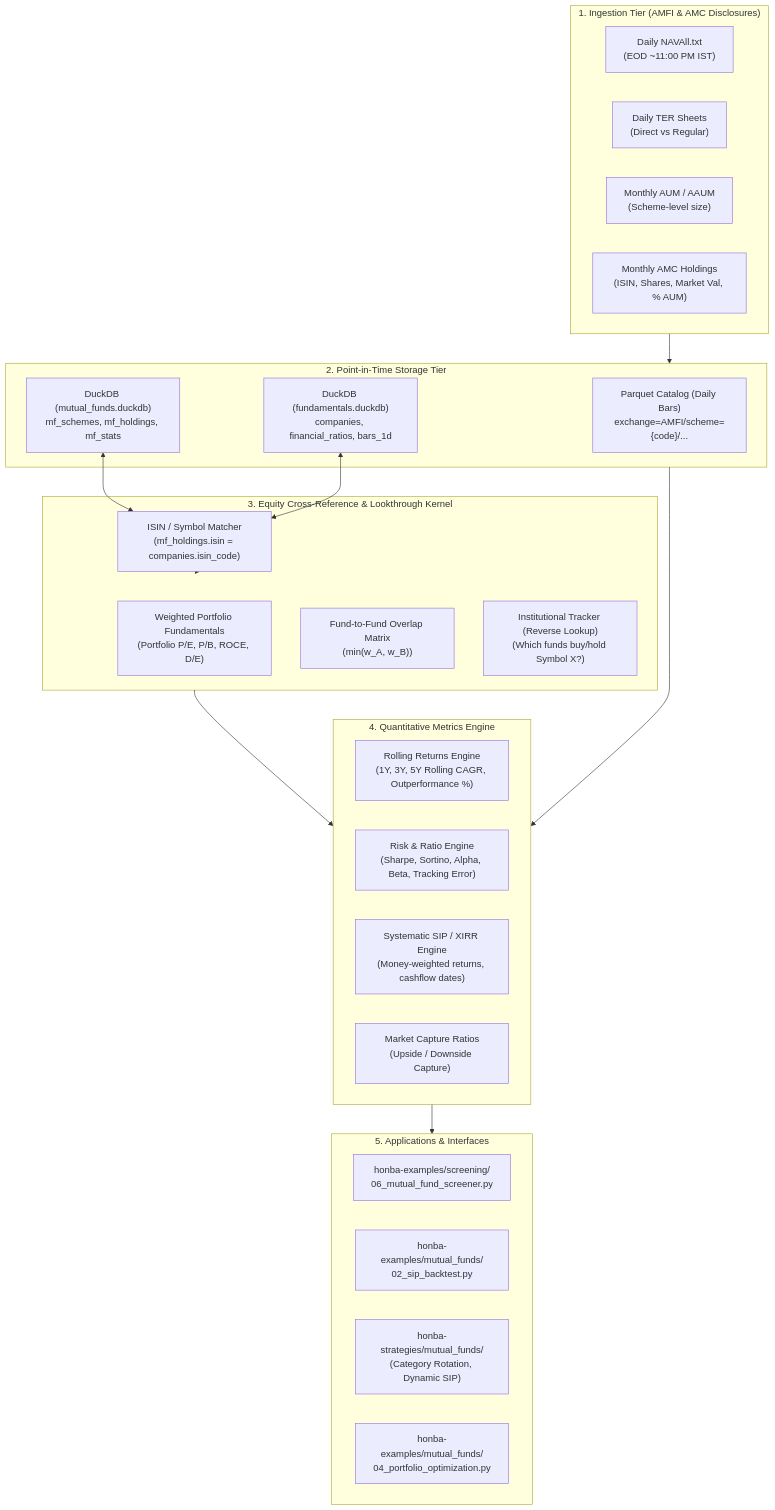
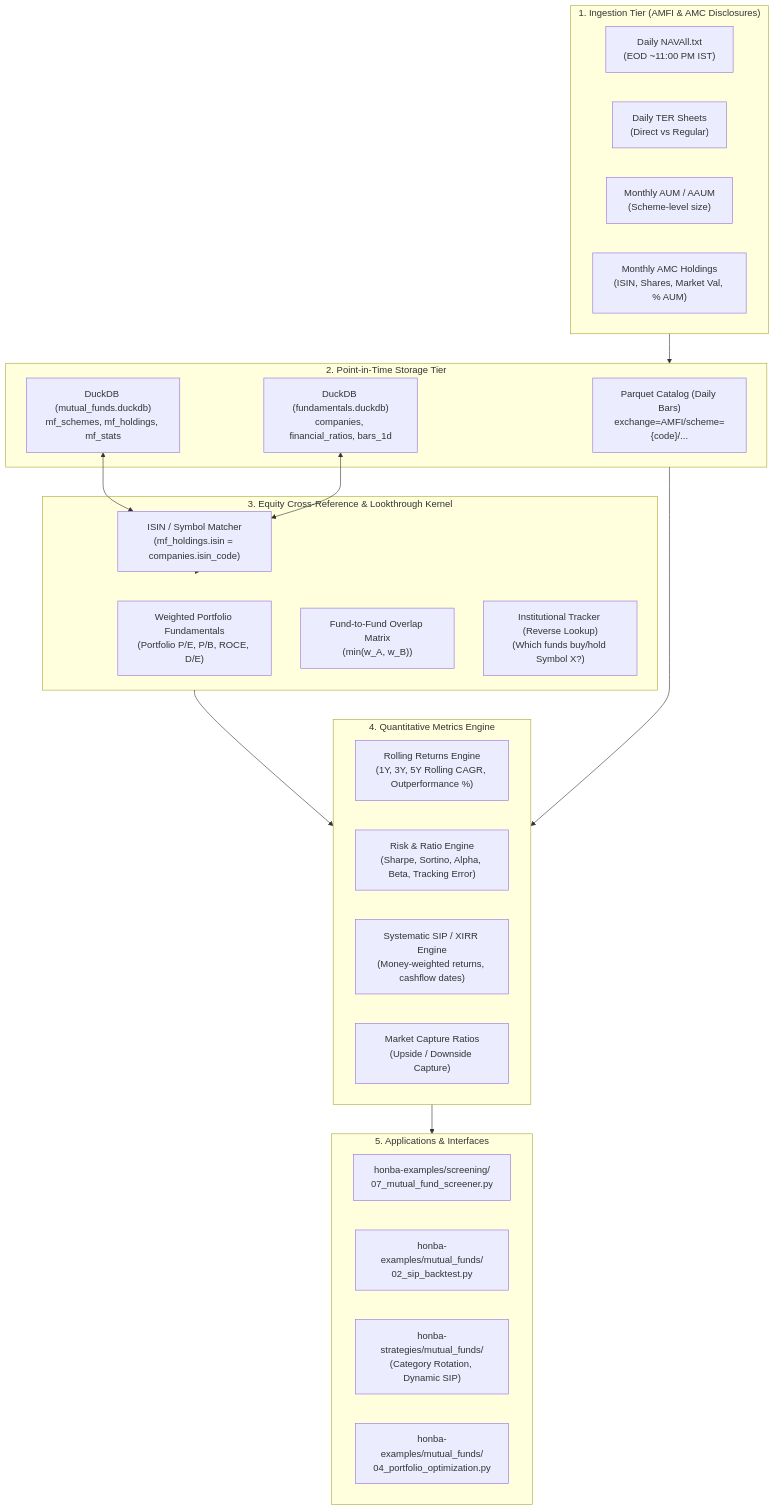
One commit to honba-labs/meta changed the first of 2 diagrams in docs/mutual-funds-roadmap.md. Above: the diagram before and after it, drawn with Mermaid. The commit also changed other lines of this file, not shown here.

Commit message:
docs: add equity holdings cross-reference to mutual funds roadmap

````diff
--- a/docs/mutual-funds-roadmap.md
+++ b/docs/mutual-funds-roadmap.md
@@ -22,44 +22,44 @@
 ```mermaid
 flowchart TD
     subgraph Sources["1. Ingestion Tier (AMFI & AMC Disclosures)"]
         S_NAV["Daily NAVAll.txt<br/>(EOD ~11:00 PM IST)"]
         S_TER["Daily TER Sheets<br/>(Direct vs Regular)"]
         S_AUM["Monthly AUM / AAUM<br/>(Scheme-level size)"]
         S_PORT["Monthly AMC Holdings<br/>(ISIN, Shares, Market Val, % AUM)"]
     end
 
     subgraph Storage["2. Point-in-Time Storage Tier"]
         PQ["Parquet Catalog (Daily Bars)<br/>exchange=AMFI/scheme={code}/..."]
         DDB_MF["DuckDB (mutual_funds.duckdb)<br/>mf_schemes, mf_holdings, mf_stats"]
         DDB_EQ["DuckDB (fundamentals.duckdb)<br/>companies, financial_ratios, bars_1d"]
     end
 
     subgraph CrossRef["3. Equity Cross-Reference & Lookthrough Kernel"]
         JOIN["ISIN / Symbol Matcher<br/>(mf_holdings.isin = companies.isin_code)"]
         W_METRICS["Weighted Portfolio Fundamentals<br/>(Portfolio P/E, P/B, ROCE, D/E)"]
         OVERLAP["Fund-to-Fund Overlap Matrix<br/>(min(w_A, w_B))"]
         SMART["Institutional Tracker (Reverse Lookup)<br/>(Which funds buy/hold Symbol X?)"]
     end
 
     subgraph Analytics["4. Quantitative Metrics Engine"]
         M_ROLL["Rolling Returns Engine<br/>(1Y, 3Y, 5Y Rolling CAGR, Outperformance %)"]
         M_RISK["Risk & Ratio Engine<br/>(Sharpe, Sortino, Alpha, Beta, Tracking Error)"]
         M_SIP["Systematic SIP / XIRR Engine<br/>(Money-weighted returns, cashflow dates)"]
         M_CAP["Market Capture Ratios<br/>(Upside / Downside Capture)"]
     end
 
     subgraph Interface["5. Applications & Interfaces"]
-        CLI["honba-examples/screening/<br/>06_mutual_fund_screener.py"]
+        CLI["honba-examples/screening/<br/>07_mutual_fund_screener.py"]
         SIP_BT["honba-examples/mutual_funds/<br/>02_sip_backtest.py"]
         STRAT["honba-strategies/mutual_funds/<br/>(Category Rotation, Dynamic SIP)"]
         OPT["honba-examples/mutual_funds/<br/>04_portfolio_optimization.py"]
     end
 
     Sources --> Storage
     DDB_MF <--> JOIN
     DDB_EQ <--> JOIN
     JOIN --> CrossRef
     CrossRef --> Analytics
     Storage --> Analytics
     Analytics --> Interface
 ```
````
